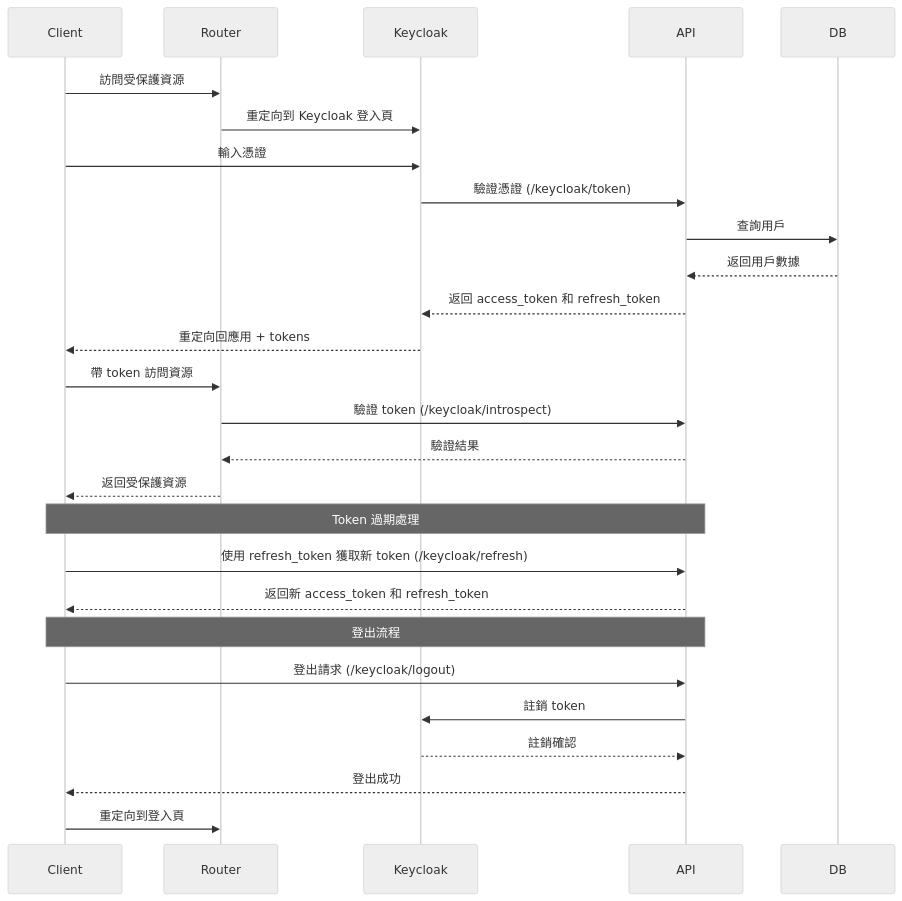
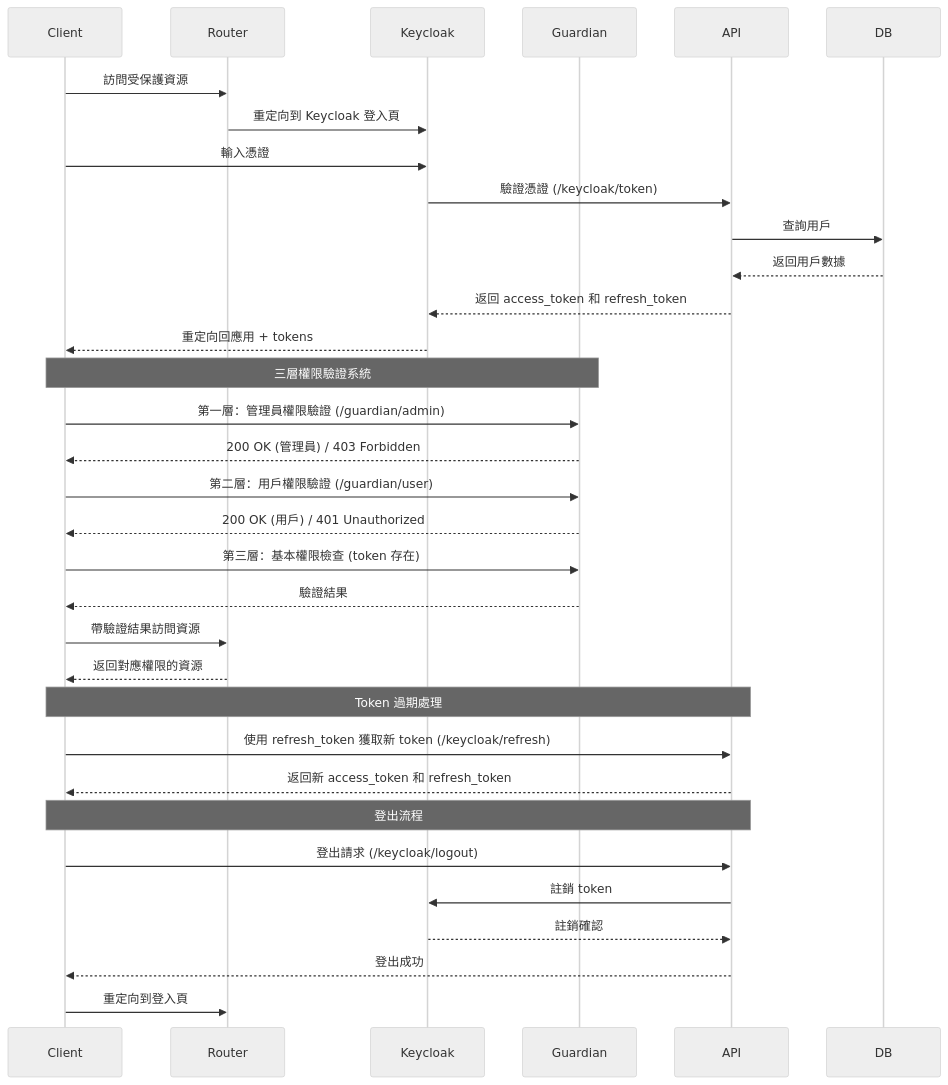
Before and after one commit to Vinskao/ty-multiverse: the third of 11 diagrams in README.md, drawn with Mermaid (neutral theme). The commit also changed other lines of this file and 2 other files, not shown here.

````diff
--- a/README.md
+++ b/README.md
@@ -68,32 +71,42 @@
 ```mermaid
 sequenceDiagram
     participant Client
     participant Router
     participant Keycloak
+    participant Guardian
     participant API
     participant DB
     
     Client->>Router: 訪問受保護資源
     Router->>Keycloak: 重定向到 Keycloak 登入頁
     Client->>Keycloak: 輸入憑證
     Keycloak->>API: 驗證憑證 (/keycloak/token)
     API->>DB: 查詢用戶
     DB-->>API: 返回用戶數據
     API-->>Keycloak: 返回 access_token 和 refresh_token
     Keycloak-->>Client: 重定向回應用 + tokens
-    Client->>Router: 帶 token 訪問資源
-    Router->>API: 驗證 token (/keycloak/introspect)
-    API-->>Router: 驗證結果
-    Router-->>Client: 返回受保護資源
+    
+    Note over Client,Guardian: 三層權限驗證系統
+    Client->>Guardian: 第一層：管理員權限驗證 (/guardian/admin)
+    Guardian-->>Client: 200 OK (管理員) / 403 Forbidden
+    
+    Client->>Guardian: 第二層：用戶權限驗證 (/guardian/user)
+    Guardian-->>Client: 200 OK (用戶) / 401 Unauthorized
+    
+    Client->>Guardian: 第三層：基本權限檢查 (token 存在)
+    Guardian-->>Client: 驗證結果
+    
+    Client->>Router: 帶驗證結果訪問資源
+    Router-->>Client: 返回對應權限的資源
     
     Note over Client,API: Token 過期處理
     Client->>API: 使用 refresh_token 獲取新 token (/keycloak/refresh)
     API-->>Client: 返回新 access_token 和 refresh_token
     
     Note over Client,API: 登出流程
     Client->>API: 登出請求 (/keycloak/logout)
     API->>Keycloak: 註銷 token
     Keycloak-->>API: 註銷確認
     API-->>Client: 登出成功
     Client->>Router: 重定向到登入頁
 ```
````
